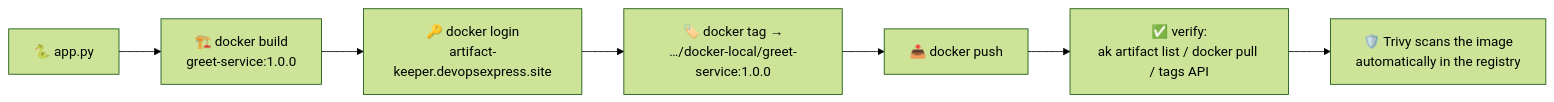
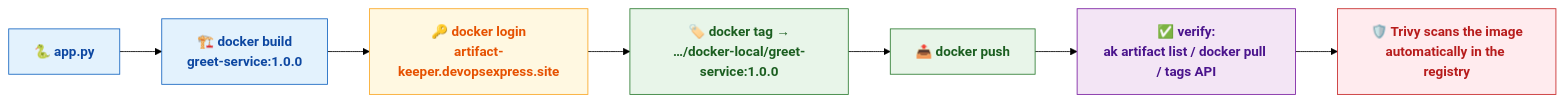
One commit to Orpere/artifactory-keeper-demo changed the diagram in docs/05-scenario-docker.md. Above: the diagram before and after it, drawn with Mermaid (forest theme). The commit also changed other lines of this file and 17 other files, not shown here.

First line of the commit message:
Colorize: brand-colored icons + color-coded mermaid diagrams

````diff
--- a/docs/05-scenario-docker.md
+++ b/docs/05-scenario-docker.md
@@ -20,9 +20,21 @@
 ```mermaid
 flowchart LR
+    classDef build  fill:#E3F2FD,stroke:#1565C0,color:#0D47A1,font-weight:bold
+    classDef auth   fill:#FFF8E1,stroke:#F9A825,color:#E65100,font-weight:bold
+    classDef push   fill:#E8F5E9,stroke:#2E7D32,color:#1B5E20,font-weight:bold
+    classDef verify fill:#F3E5F5,stroke:#7B1FA2,color:#4A148C,font-weight:bold
+    classDef scan   fill:#FFEBEE,stroke:#C62828,color:#B71C1C,font-weight:bold
+
     A["🐍 app.py"] --> B["🏗️ docker build<br/>greet-service:1.0.0"]
     B --> C["🔑 docker login<br/>artifact-keeper.devopsexpress.site"]
     C --> D["🏷️ docker tag →<br/>…/docker-local/greet-service:1.0.0"]
     D --> E["📤 docker push"]
     E --> F["✅ verify:<br/>ak artifact list / docker pull / tags API"]
     F --> G["🛡️ Trivy scans the image<br/>automatically in the registry"]
+
+    class A,B build
+    class C auth
+    class D,E push
+    class F verify
+    class G scan
 ```
````
